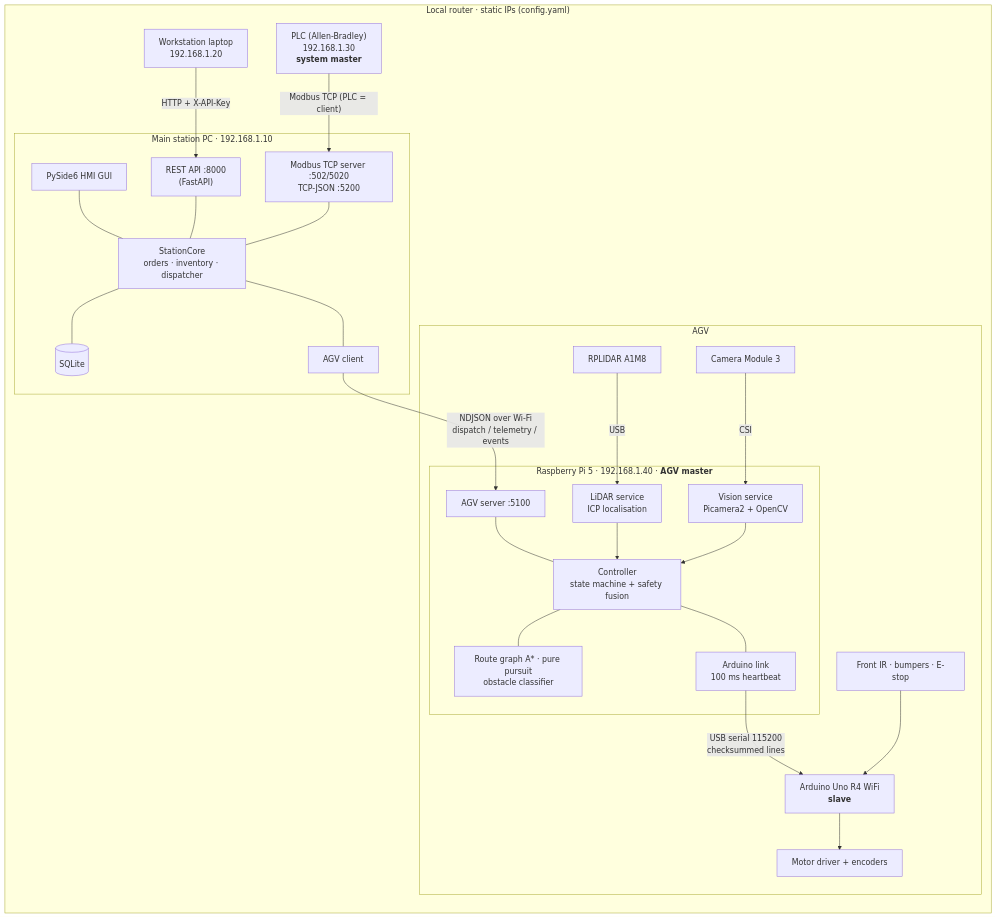
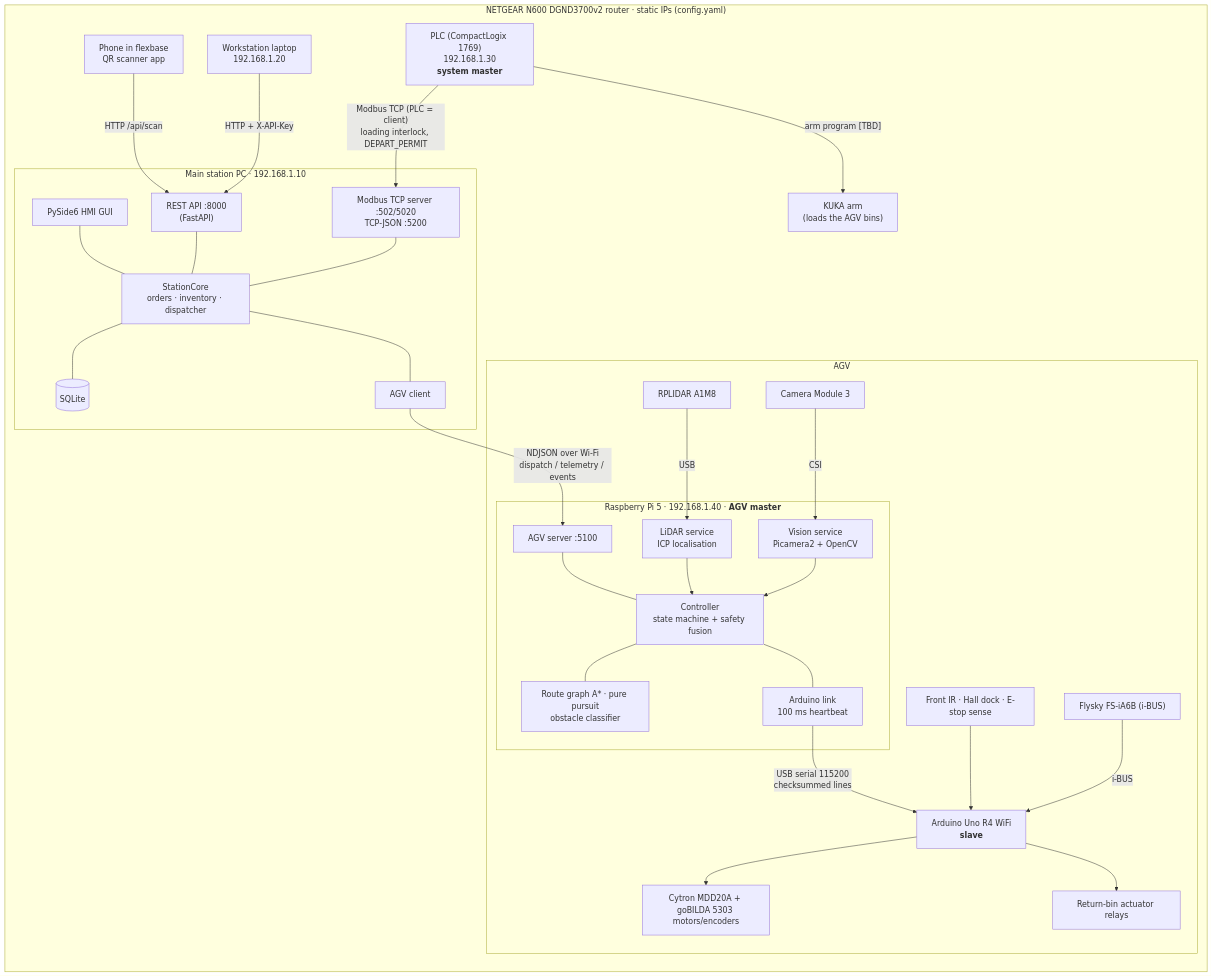
The first of 3 diagrams in README.md (CDJ7/APEx-2.0), drawn with Mermaid before and after one commit. The commit also changed other lines of this file and 18 other files, not shown here.

````diff
--- a/README.md
+++ b/README.md
@@ -23,48 +25,56 @@
 ```mermaid
 flowchart LR
-    subgraph LAN["Local router · static IPs (config.yaml)"]
-        PLC["PLC (Allen-Bradley)<br/>192.168.1.30<br/><b>system master</b>"]
+    subgraph LAN["NETGEAR N600 DGND3700v2 router · static IPs (config.yaml)"]
+        PLC["PLC (CompactLogix 1769)<br/>192.168.1.30<br/><b>system master</b>"]
+        KUKA["KUKA arm<br/>(loads the AGV bins)"]
+        PHONE["Phone in flexbase<br/>QR scanner app"]
         LAP["Workstation laptop<br/>192.168.1.20"]
         subgraph ST["Main station PC · 192.168.1.10"]
             GUI["PySide6 HMI GUI"]
             CORE["StationCore<br/>orders · inventory · dispatcher"]
             DB[("SQLite")]
             REST["REST API :8000<br/>(FastAPI)"]
             MB["Modbus TCP server :502/5020<br/>TCP-JSON :5200"]
             LINK["AGV client"]
         end
         subgraph AGV["AGV"]
             subgraph PI["Raspberry Pi 5 · 192.168.1.40 · <b>AGV master</b>"]
                 SRV["AGV server :5100"]
                 CTRL["Controller<br/>state machine + safety fusion"]
                 LID["LiDAR service<br/>ICP localisation"]
                 NAV["Route graph A* · pure pursuit<br/>obstacle classifier"]
                 VIS["Vision service<br/>Picamera2 + OpenCV"]
                 SER["Arduino link<br/>100 ms heartbeat"]
             end
             ARD["Arduino Uno R4 WiFi<br/><b>slave</b>"]
             RPL["RPLIDAR A1M8"]
             CAM["Camera Module 3"]
-            MOT["Motor driver + encoders"]
-            IR["Front IR · bumpers · E-stop"]
+            MOT["Cytron MDD20A + goBILDA 5303 motors/encoders"]
+            IR["Front IR · Hall dock · E-stop sense"]
+            ACTR["Return-bin actuator relays"]
+            RC["Flysky FS-iA6B (i-BUS)"]
         end
     end
-    PLC -- "Modbus TCP (PLC = client)" --> MB
+    PLC -- "Modbus TCP (PLC = client)<br/>loading interlock, DEPART_PERMIT" --> MB
+    PLC -- "arm program [TBD]" --> KUKA
+    PHONE -- "HTTP /api/scan" --> REST
     LAP -- "HTTP + X-API-Key" --> REST
     GUI --- CORE
     REST --- CORE
     MB --- CORE
     CORE --- DB
     CORE --- LINK
     LINK -- "NDJSON over Wi-Fi<br/>dispatch / telemetry / events" --> SRV
     SRV --- CTRL
     CTRL --- NAV
     LID --> CTRL
     VIS --> CTRL
     CTRL --- SER
     SER -- "USB serial 115200<br/>checksummed lines" --> ARD
     RPL -- USB --> LID
     CAM -- CSI --> VIS
     ARD --> MOT
+    ARD --> ACTR
     IR --> ARD
+    RC -- "i-BUS" --> ARD
 ```
````
